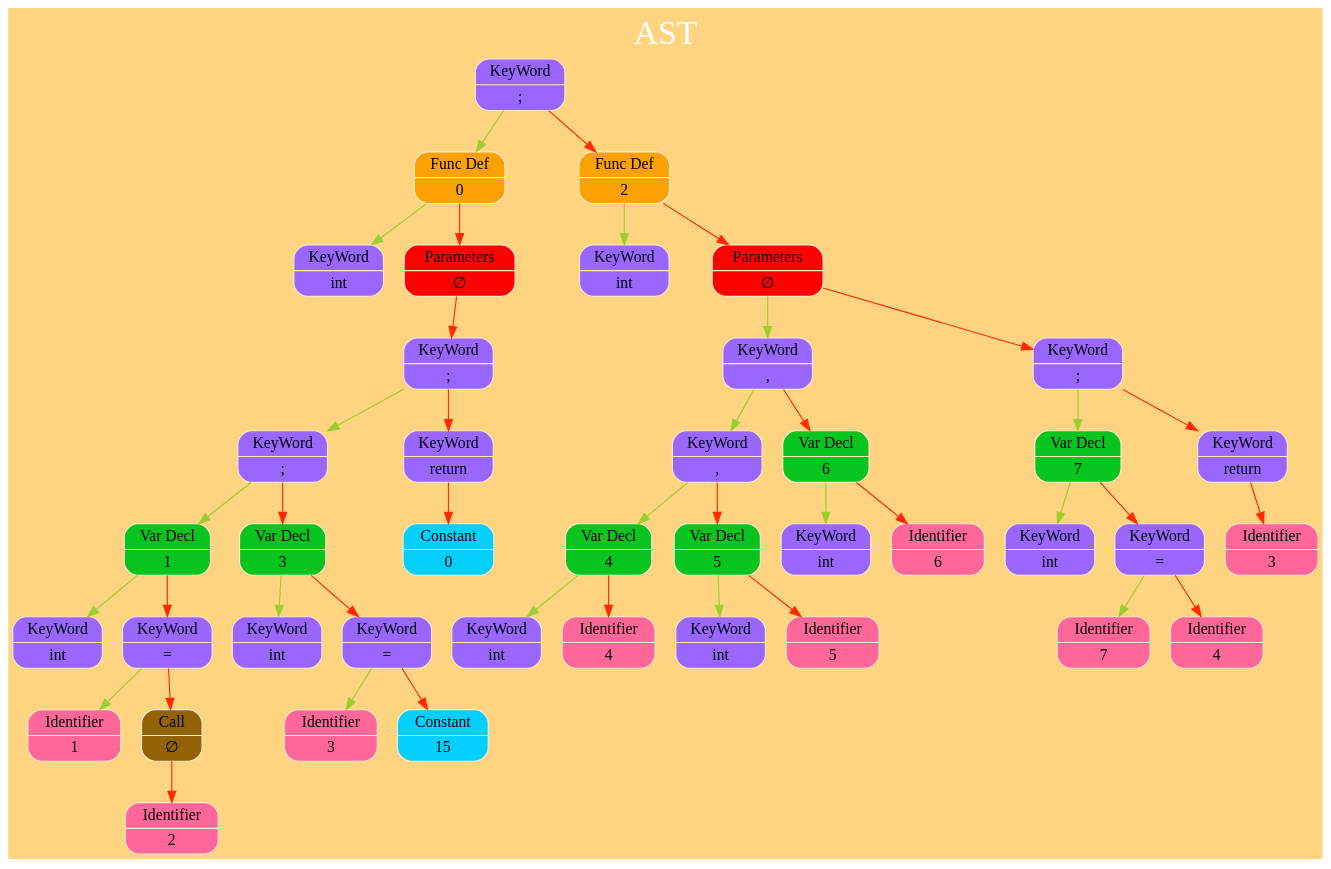
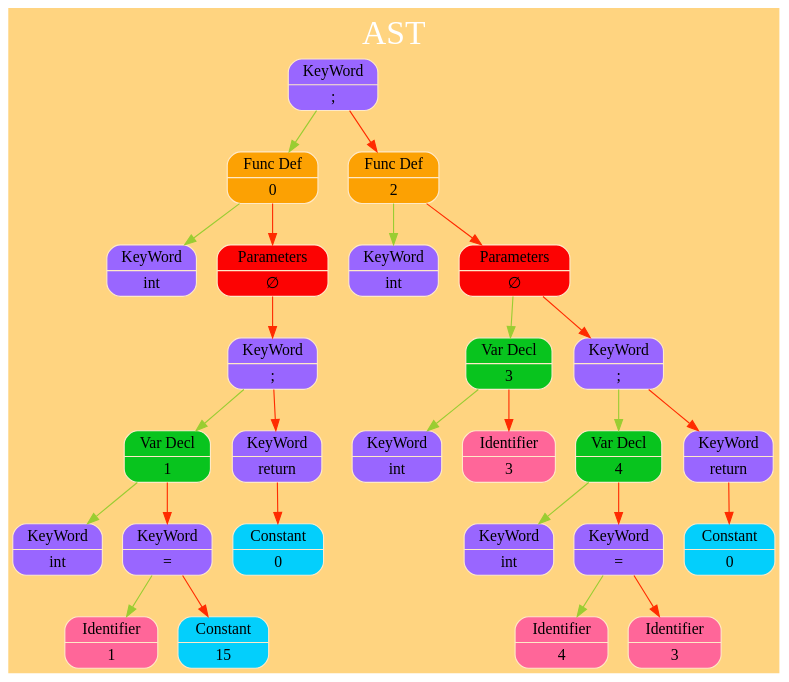
One commit to kand1bober/OOSD-Language changed the diagram in Tree/graph_dump/TreeGraph.dot. Above: the diagram before and after it, drawn with Graphviz. The commit also changed 14 other files, not shown here.

```diff
--- a/Tree/graph_dump/TreeGraph.dot
+++ b/Tree/graph_dump/TreeGraph.dot
@@ -8,45 +8,30 @@
 fontcolor="#FFFFFF"
 
 rankdir=TB;size="200,300";bgcolor="#ffd480";
- node_0x504000000a90 [shape=record,style="rounded,filled",fillcolor="#9966FF",color="#FFE9C7",label=" { { KeyWord } | { &#x3B; } } " ]; node_0x504000000a90 -> node_0x504000000650 [color = "#9ACD32", arrowsize = 1] ;
- node_0x504000000650 [shape=record,style="rounded,filled",fillcolor="#fca103",color="#FFE9C7",label=" { { Func Def } | { 0 } } " ]; node_0x504000000650 -> node_0x504000000610 [color = "#9ACD32", arrowsize = 1] ;
- node_0x504000000610 [shape=record,style="rounded,filled",fillcolor="#9966FF",color="#FFE9C7",label=" { { KeyWord } | { int } } " ]; node_0x504000000650 -> node_0x504000000690 [color = "#FF2B00", arrowsize = 1] ;
- node_0x504000000690 [shape=record,style="rounded,filled",fillcolor="#fc0303",color="#FFE9C7",label=" { { Parameters } | { &#8709; } } " ]; node_0x504000000690 -> node_0x5040000006d0 [color = "#FF2B00", arrowsize = 1] ;
- node_0x5040000006d0 [shape=record,style="rounded,filled",fillcolor="#9966FF",color="#FFE9C7",label=" { { KeyWord } | { &#x3B; } } " ]; node_0x5040000006d0 -> node_0x504000000890 [color = "#9ACD32", arrowsize = 1] ;
- node_0x504000000890 [shape=record,style="rounded,filled",fillcolor="#9966FF",color="#FFE9C7",label=" { { KeyWord } | { &#x3B; } } " ]; node_0x504000000890 -> node_0x504000000790 [color = "#9ACD32", arrowsize = 1] ;
- node_0x504000000790 [shape=record,style="rounded,filled",fillcolor="#08c41e",color="#FFE9C7",label=" { { Var Decl } | { 1 } } " ]; node_0x504000000790 -> node_0x504000000710 [color = "#9ACD32", arrowsize = 1] ;
- node_0x504000000710 [shape=record,style="rounded,filled",fillcolor="#9966FF",color="#FFE9C7",label=" { { KeyWord } | { int } } " ]; node_0x504000000790 -> node_0x5040000007d0 [color = "#FF2B00", arrowsize = 1] ;
- node_0x5040000007d0 [shape=record,style="rounded,filled",fillcolor="#9966FF",color="#FFE9C7",label=" { { KeyWord } | { &#x3D; } } " ]; node_0x5040000007d0 -> node_0x504000000750 [color = "#9ACD32", arrowsize = 1] ;
- node_0x504000000750 [shape=record,style="rounded,filled",fillcolor="#ff6699",color="#FFE9C7",label=" { { Identifier } | { 1 } } " ]; node_0x5040000007d0 -> node_0x504000000850 [color = "#FF2B00", arrowsize = 1] ;
- node_0x504000000850 [shape=record,style="rounded,filled",fillcolor="#916306",color="#FFE9C7",label=" { { Call } | { &#8709; } } " ]; node_0x504000000850 -> node_0x504000000810 [color = "#FF2B00", arrowsize = 1] ;
- node_0x504000000810 [shape=record,style="rounded,filled",fillcolor="#ff6699",color="#FFE9C7",label=" { { Identifier } | { 2 } } " ]; node_0x504000000890 -> node_0x504000000950 [color = "#FF2B00", arrowsize = 1] ;
- node_0x504000000950 [shape=record,style="rounded,filled",fillcolor="#08c41e",color="#FFE9C7",label=" { { Var Decl } | { 3 } } " ]; node_0x504000000950 -> node_0x5040000008d0 [color = "#9ACD32", arrowsize = 1] ;
- node_0x5040000008d0 [shape=record,style="rounded,filled",fillcolor="#9966FF",color="#FFE9C7",label=" { { KeyWord } | { int } } " ]; node_0x504000000950 -> node_0x504000000990 [color = "#FF2B00", arrowsize = 1] ;
- node_0x504000000990 [shape=record,style="rounded,filled",fillcolor="#9966FF",color="#FFE9C7",label=" { { KeyWord } | { &#x3D; } } " ]; node_0x504000000990 -> node_0x504000000910 [color = "#9ACD32", arrowsize = 1] ;
- node_0x504000000910 [shape=record,style="rounded,filled",fillcolor="#ff6699",color="#FFE9C7",label=" { { Identifier } | { 3 } } " ]; node_0x504000000990 -> node_0x5040000009d0 [color = "#FF2B00", arrowsize = 1] ;
- node_0x5040000009d0 [shape=record,style="rounded,filled",fillcolor="#03cffc",color="#FFE9C7",label=" { { Constant } | { 15 } } " ]; node_0x5040000006d0 -> node_0x504000000a10 [color = "#FF2B00", arrowsize = 1] ;
- node_0x504000000a10 [shape=record,style="rounded,filled",fillcolor="#9966FF",color="#FFE9C7",label=" { { KeyWord } | { return } } " ]; node_0x504000000a10 -> node_0x504000000a50 [color = "#FF2B00", arrowsize = 1] ;
- node_0x504000000a50 [shape=record,style="rounded,filled",fillcolor="#03cffc",color="#FFE9C7",label=" { { Constant } | { 0 } } " ]; node_0x504000000a90 -> node_0x504000000b10 [color = "#FF2B00", arrowsize = 1] ;
- node_0x504000000b10 [shape=record,style="rounded,filled",fillcolor="#fca103",color="#FFE9C7",label=" { { Func Def } | { 2 } } " ]; node_0x504000000b10 -> node_0x504000000ad0 [color = "#9ACD32", arrowsize = 1] ;
- node_0x504000000ad0 [shape=record,style="rounded,filled",fillcolor="#9966FF",color="#FFE9C7",label=" { { KeyWord } | { int } } " ]; node_0x504000000b10 -> node_0x504000000b50 [color = "#FF2B00", arrowsize = 1] ;
- node_0x504000000b50 [shape=record,style="rounded,filled",fillcolor="#fc0303",color="#FFE9C7",label=" { { Parameters } | { &#8709; } } " ]; node_0x504000000b50 -> node_0x504000000d50 [color = "#9ACD32", arrowsize = 1] ;
- node_0x504000000d50 [shape=record,style="rounded,filled",fillcolor="#9966FF",color="#FFE9C7",label=" { { KeyWord } | { &#x2C; } } " ]; node_0x504000000d50 -> node_0x504000000c50 [color = "#9ACD32", arrowsize = 1] ;
- node_0x504000000c50 [shape=record,style="rounded,filled",fillcolor="#9966FF",color="#FFE9C7",label=" { { KeyWord } | { &#x2C; } } " ]; node_0x504000000c50 -> node_0x504000000c10 [color = "#9ACD32", arrowsize = 1] ;
- node_0x504000000c10 [shape=record,style="rounded,filled",fillcolor="#08c41e",color="#FFE9C7",label=" { { Var Decl } | { 4 } } " ]; node_0x504000000c10 -> node_0x504000000b90 [color = "#9ACD32", arrowsize = 1] ;
- node_0x504000000b90 [shape=record,style="rounded,filled",fillcolor="#9966FF",color="#FFE9C7",label=" { { KeyWord } | { int } } " ]; node_0x504000000c10 -> node_0x504000000bd0 [color = "#FF2B00", arrowsize = 1] ;
- node_0x504000000bd0 [shape=record,style="rounded,filled",fillcolor="#ff6699",color="#FFE9C7",label=" { { Identifier } | { 4 } } " ]; node_0x504000000c50 -> node_0x504000000d10 [color = "#FF2B00", arrowsize = 1] ;
- node_0x504000000d10 [shape=record,style="rounded,filled",fillcolor="#08c41e",color="#FFE9C7",label=" { { Var Decl } | { 5 } } " ]; node_0x504000000d10 -> node_0x504000000c90 [color = "#9ACD32", arrowsize = 1] ;
- node_0x504000000c90 [shape=record,style="rounded,filled",fillcolor="#9966FF",color="#FFE9C7",label=" { { KeyWord } | { int } } " ]; node_0x504000000d10 -> node_0x504000000cd0 [color = "#FF2B00", arrowsize = 1] ;
- node_0x504000000cd0 [shape=record,style="rounded,filled",fillcolor="#ff6699",color="#FFE9C7",label=" { { Identifier } | { 5 } } " ]; node_0x504000000d50 -> node_0x504000000e10 [color = "#FF2B00", arrowsize = 1] ;
- node_0x504000000e10 [shape=record,style="rounded,filled",fillcolor="#08c41e",color="#FFE9C7",label=" { { Var Decl } | { 6 } } " ]; node_0x504000000e10 -> node_0x504000000d90 [color = "#9ACD32", arrowsize = 1] ;
- node_0x504000000d90 [shape=record,style="rounded,filled",fillcolor="#9966FF",color="#FFE9C7",label=" { { KeyWord } | { int } } " ]; node_0x504000000e10 -> node_0x504000000dd0 [color = "#FF2B00", arrowsize = 1] ;
- node_0x504000000dd0 [shape=record,style="rounded,filled",fillcolor="#ff6699",color="#FFE9C7",label=" { { Identifier } | { 6 } } " ]; node_0x504000000b50 -> node_0x504000000e50 [color = "#FF2B00", arrowsize = 1] ;
- node_0x504000000e50 [shape=record,style="rounded,filled",fillcolor="#9966FF",color="#FFE9C7",label=" { { KeyWord } | { &#x3B; } } " ]; node_0x504000000e50 -> node_0x504000000f10 [color = "#9ACD32", arrowsize = 1] ;
- node_0x504000000f10 [shape=record,style="rounded,filled",fillcolor="#08c41e",color="#FFE9C7",label=" { { Var Decl } | { 7 } } " ]; node_0x504000000f10 -> node_0x504000000e90 [color = "#9ACD32", arrowsize = 1] ;
- node_0x504000000e90 [shape=record,style="rounded,filled",fillcolor="#9966FF",color="#FFE9C7",label=" { { KeyWord } | { int } } " ]; node_0x504000000f10 -> node_0x504000000f50 [color = "#FF2B00", arrowsize = 1] ;
- node_0x504000000f50 [shape=record,style="rounded,filled",fillcolor="#9966FF",color="#FFE9C7",label=" { { KeyWord } | { &#x3D; } } " ]; node_0x504000000f50 -> node_0x504000000ed0 [color = "#9ACD32", arrowsize = 1] ;
- node_0x504000000ed0 [shape=record,style="rounded,filled",fillcolor="#ff6699",color="#FFE9C7",label=" { { Identifier } | { 7 } } " ]; node_0x504000000f50 -> node_0x504000000f90 [color = "#FF2B00", arrowsize = 1] ;
- node_0x504000000f90 [shape=record,style="rounded,filled",fillcolor="#ff6699",color="#FFE9C7",label=" { { Identifier } | { 4 } } " ]; node_0x504000000e50 -> node_0x504000000fd0 [color = "#FF2B00", arrowsize = 1] ;
- node_0x504000000fd0 [shape=record,style="rounded,filled",fillcolor="#9966FF",color="#FFE9C7",label=" { { KeyWord } | { return } } " ]; node_0x504000000fd0 -> node_0x504000001010 [color = "#FF2B00", arrowsize = 1] ;
- node_0x504000001010 [shape=record,style="rounded,filled",fillcolor="#ff6699",color="#FFE9C7",label=" { { Identifier } | { 3 } } " ]; 
+ node_0x504000000750 [shape=record,style="rounded,filled",fillcolor="#9966FF",color="#FFE9C7",label=" { { KeyWord } | { &#x3B; } } " ]; node_0x504000000750 -> node_0x5040000004d0 [color = "#9ACD32", arrowsize = 1] ;
+ node_0x5040000004d0 [shape=record,style="rounded,filled",fillcolor="#fca103",color="#FFE9C7",label=" { { Func Def } | { 0 } } " ]; node_0x5040000004d0 -> node_0x504000000490 [color = "#9ACD32", arrowsize = 1] ;
+ node_0x504000000490 [shape=record,style="rounded,filled",fillcolor="#9966FF",color="#FFE9C7",label=" { { KeyWord } | { int } } " ]; node_0x5040000004d0 -> node_0x504000000510 [color = "#FF2B00", arrowsize = 1] ;
+ node_0x504000000510 [shape=record,style="rounded,filled",fillcolor="#fc0303",color="#FFE9C7",label=" { { Parameters } | { &#8709; } } " ]; node_0x504000000510 -> node_0x504000000550 [color = "#FF2B00", arrowsize = 1] ;
+ node_0x504000000550 [shape=record,style="rounded,filled",fillcolor="#9966FF",color="#FFE9C7",label=" { { KeyWord } | { &#x3B; } } " ]; node_0x504000000550 -> node_0x504000000610 [color = "#9ACD32", arrowsize = 1] ;
+ node_0x504000000610 [shape=record,style="rounded,filled",fillcolor="#08c41e",color="#FFE9C7",label=" { { Var Decl } | { 1 } } " ]; node_0x504000000610 -> node_0x504000000590 [color = "#9ACD32", arrowsize = 1] ;
+ node_0x504000000590 [shape=record,style="rounded,filled",fillcolor="#9966FF",color="#FFE9C7",label=" { { KeyWord } | { int } } " ]; node_0x504000000610 -> node_0x504000000650 [color = "#FF2B00", arrowsize = 1] ;
+ node_0x504000000650 [shape=record,style="rounded,filled",fillcolor="#9966FF",color="#FFE9C7",label=" { { KeyWord } | { &#x3D; } } " ]; node_0x504000000650 -> node_0x5040000005d0 [color = "#9ACD32", arrowsize = 1] ;
+ node_0x5040000005d0 [shape=record,style="rounded,filled",fillcolor="#ff6699",color="#FFE9C7",label=" { { Identifier } | { 1 } } " ]; node_0x504000000650 -> node_0x504000000690 [color = "#FF2B00", arrowsize = 1] ;
+ node_0x504000000690 [shape=record,style="rounded,filled",fillcolor="#03cffc",color="#FFE9C7",label=" { { Constant } | { 15 } } " ]; node_0x504000000550 -> node_0x5040000006d0 [color = "#FF2B00", arrowsize = 1] ;
+ node_0x5040000006d0 [shape=record,style="rounded,filled",fillcolor="#9966FF",color="#FFE9C7",label=" { { KeyWord } | { return } } " ]; node_0x5040000006d0 -> node_0x504000000710 [color = "#FF2B00", arrowsize = 1] ;
+ node_0x504000000710 [shape=record,style="rounded,filled",fillcolor="#03cffc",color="#FFE9C7",label=" { { Constant } | { 0 } } " ]; node_0x504000000750 -> node_0x5040000007d0 [color = "#FF2B00", arrowsize = 1] ;
+ node_0x5040000007d0 [shape=record,style="rounded,filled",fillcolor="#fca103",color="#FFE9C7",label=" { { Func Def } | { 2 } } " ]; node_0x5040000007d0 -> node_0x504000000790 [color = "#9ACD32", arrowsize = 1] ;
+ node_0x504000000790 [shape=record,style="rounded,filled",fillcolor="#9966FF",color="#FFE9C7",label=" { { KeyWord } | { int } } " ]; node_0x5040000007d0 -> node_0x504000000810 [color = "#FF2B00", arrowsize = 1] ;
+ node_0x504000000810 [shape=record,style="rounded,filled",fillcolor="#fc0303",color="#FFE9C7",label=" { { Parameters } | { &#8709; } } " ]; node_0x504000000810 -> node_0x5040000008d0 [color = "#9ACD32", arrowsize = 1] ;
+ node_0x5040000008d0 [shape=record,style="rounded,filled",fillcolor="#08c41e",color="#FFE9C7",label=" { { Var Decl } | { 3 } } " ]; node_0x5040000008d0 -> node_0x504000000850 [color = "#9ACD32", arrowsize = 1] ;
+ node_0x504000000850 [shape=record,style="rounded,filled",fillcolor="#9966FF",color="#FFE9C7",label=" { { KeyWord } | { int } } " ]; node_0x5040000008d0 -> node_0x504000000890 [color = "#FF2B00", arrowsize = 1] ;
+ node_0x504000000890 [shape=record,style="rounded,filled",fillcolor="#ff6699",color="#FFE9C7",label=" { { Identifier } | { 3 } } " ]; node_0x504000000810 -> node_0x504000000910 [color = "#FF2B00", arrowsize = 1] ;
+ node_0x504000000910 [shape=record,style="rounded,filled",fillcolor="#9966FF",color="#FFE9C7",label=" { { KeyWord } | { &#x3B; } } " ]; node_0x504000000910 -> node_0x5040000009d0 [color = "#9ACD32", arrowsize = 1] ;
+ node_0x5040000009d0 [shape=record,style="rounded,filled",fillcolor="#08c41e",color="#FFE9C7",label=" { { Var Decl } | { 4 } } " ]; node_0x5040000009d0 -> node_0x504000000950 [color = "#9ACD32", arrowsize = 1] ;
+ node_0x504000000950 [shape=record,style="rounded,filled",fillcolor="#9966FF",color="#FFE9C7",label=" { { KeyWord } | { int } } " ]; node_0x5040000009d0 -> node_0x504000000a10 [color = "#FF2B00", arrowsize = 1] ;
+ node_0x504000000a10 [shape=record,style="rounded,filled",fillcolor="#9966FF",color="#FFE9C7",label=" { { KeyWord } | { &#x3D; } } " ]; node_0x504000000a10 -> node_0x504000000990 [color = "#9ACD32", arrowsize = 1] ;
+ node_0x504000000990 [shape=record,style="rounded,filled",fillcolor="#ff6699",color="#FFE9C7",label=" { { Identifier } | { 4 } } " ]; node_0x504000000a10 -> node_0x504000000a50 [color = "#FF2B00", arrowsize = 1] ;
+ node_0x504000000a50 [shape=record,style="rounded,filled",fillcolor="#ff6699",color="#FFE9C7",label=" { { Identifier } | { 3 } } " ]; node_0x504000000910 -> node_0x504000000a90 [color = "#FF2B00", arrowsize = 1] ;
+ node_0x504000000a90 [shape=record,style="rounded,filled",fillcolor="#9966FF",color="#FFE9C7",label=" { { KeyWord } | { return } } " ]; node_0x504000000a90 -> node_0x504000000ad0 [color = "#FF2B00", arrowsize = 1] ;
+ node_0x504000000ad0 [shape=record,style="rounded,filled",fillcolor="#03cffc",color="#FFE9C7",label=" { { Constant } | { 0 } } " ]; 
 }
```
